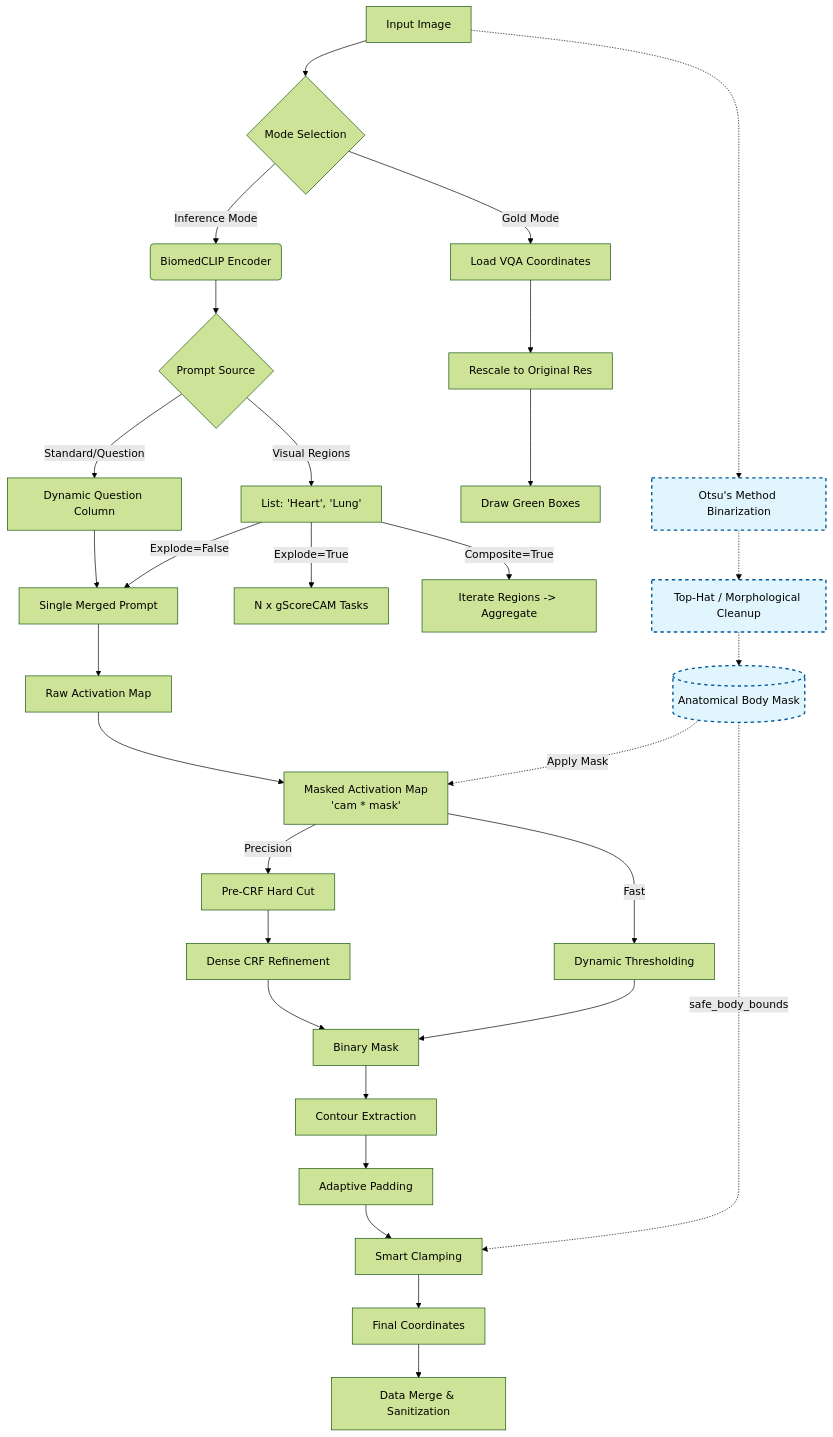
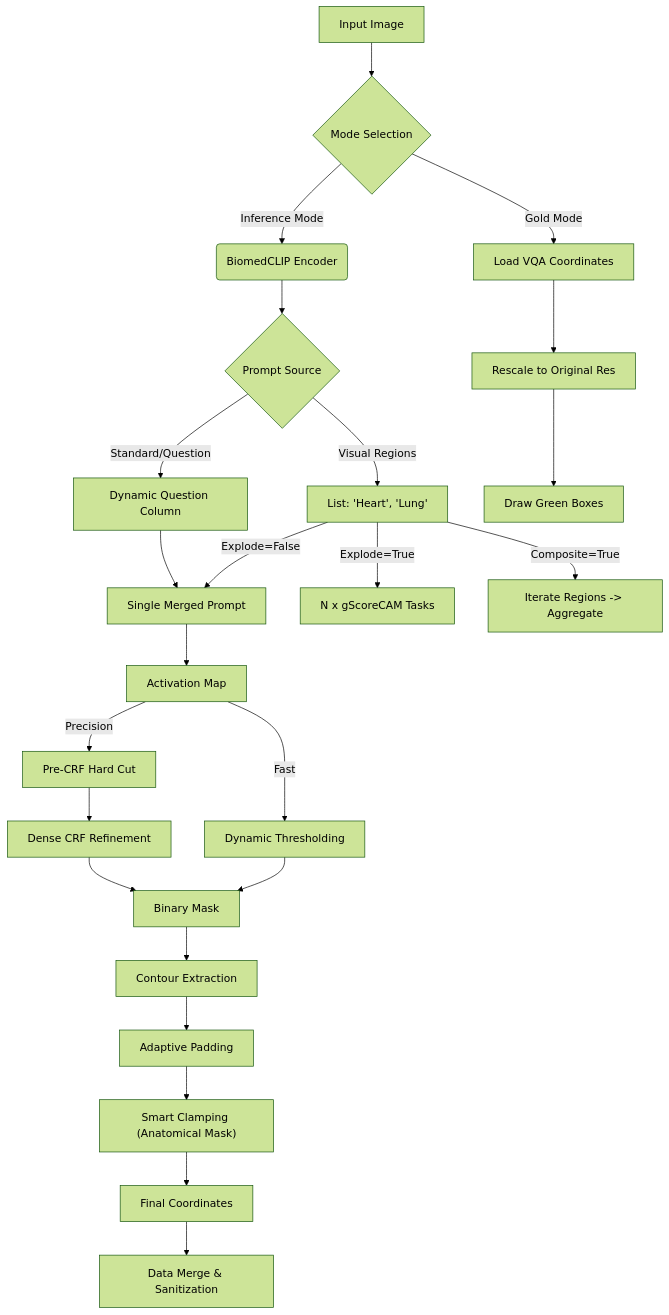
The diagram in preprocessing/bounding_box/README.md (FrittatinaDiBucatini09/pipeline-vqa), drawn with Mermaid (forest theme) before and after one commit. The commit also changed 14 other files, not shown here.

````diff
--- a/preprocessing/bounding_box/README.md
+++ b/preprocessing/bounding_box/README.md
@@ -17,55 +17,38 @@
 ```mermaid
 graph TD
     A[Input Image] --> B{Mode Selection};
-
-    %% === NUOVO RAMO: ANATOMICAL MASKING MODULE ===
-    A -.-> AM1[Otsu's Method Binarization]
-    AM1 -.-> AM2[Top-Hat / Morphological Cleanup]
-    AM2 -.-> AM3[(Anatomical Body Mask)]
 
     %% Inference Path
     B -- Inference Mode --> C(BiomedCLIP Encoder);
     C --> D{Prompt Source};
     D -- Standard/Question --> T1["Dynamic Question Column"];
     D -- Visual Regions --> T2["List: 'Heart', 'Lung'"];
     
     T1 --> E{gScoreCAM};
     T2 -- Explode=False --> E[Single Merged Prompt];
     T2 -- Explode=True --> E_Multi["N x gScoreCAM Tasks"];
     T2 -- Composite=True --> E_Comp["Iterate Regions -> Aggregate"];
 
-    E --> F[Raw Activation Map];
+    E --> F[Activation Map];
     
-    %% === CAM FUSION (Qui agisce Otsu la prima volta) ===
-    F --> F_FUSION[Masked Activation Map \n 'cam * mask']
-    AM3 -. "Apply Mask" .-> F_FUSION
-
     %% Post-Processing
-    F_FUSION -- Precision --> G[Pre-CRF Hard Cut];
+    F -- Precision --> G[Pre-CRF Hard Cut];
     G --> H[Dense CRF Refinement];
     H --> I[Binary Mask];
     
-    F_FUSION -- Fast --> J[Dynamic Thresholding];
+    F -- Fast --> J[Dynamic Thresholding];
     J --> I;
 
     %% Gold Path
     B -- Gold Mode --> K[Load VQA Coordinates];
     K --> L[Rescale to Original Res];
     L --> M[Draw Green Boxes];
 
     %% Final Output
     I --> N[Contour Extraction];
     N --> Q[Adaptive Padding];
-    Q --> R["Smart Clamping"];
-    
-    %% === SMART CLAMPING (Qui agisce Otsu la seconda volta) ===
-    AM3 -. "safe_body_bounds" .-> R
-    
+    Q --> R["Smart Clamping (Anatomical Mask)"];
     R --> O[Final Coordinates];
     O --> P["Data Merge & Sanitization"];
 
-    %% Stili per far risaltare l'elaborazione dell'immagine
-    classDef maskLogic fill:#e1f5fe,stroke:#01579b,stroke-width:2px,stroke-dasharray: 5 5;
-    class AM1,AM2,AM3 maskLogic;
-
 ```
````
